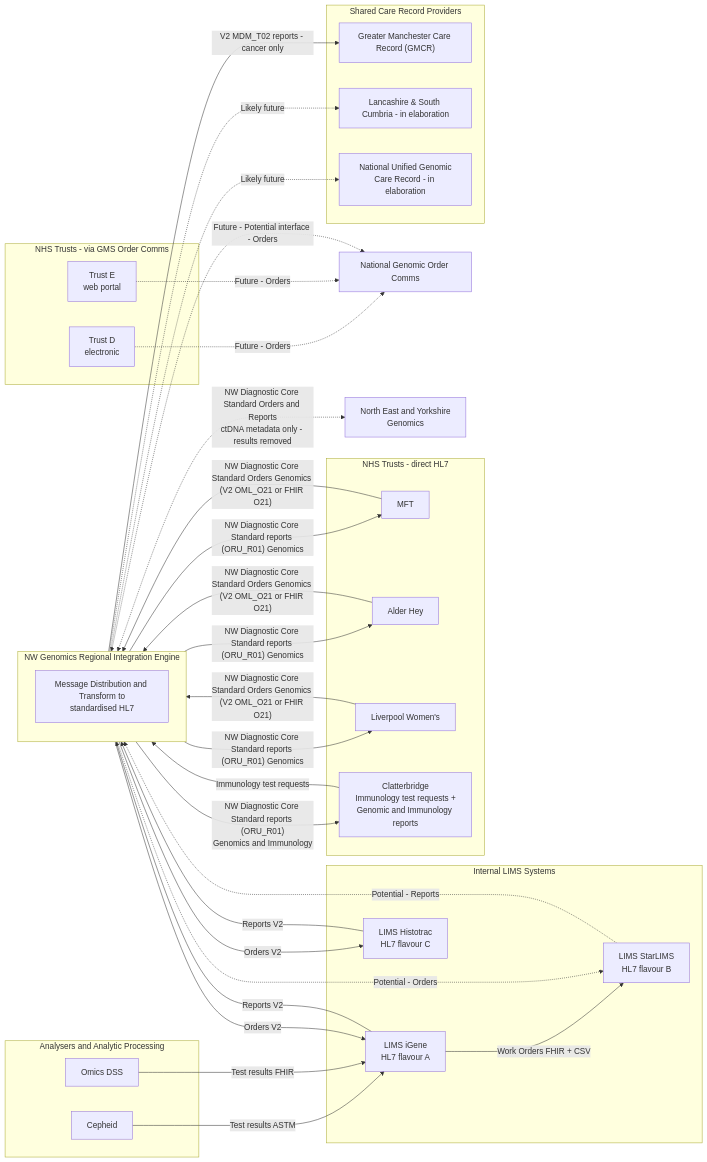
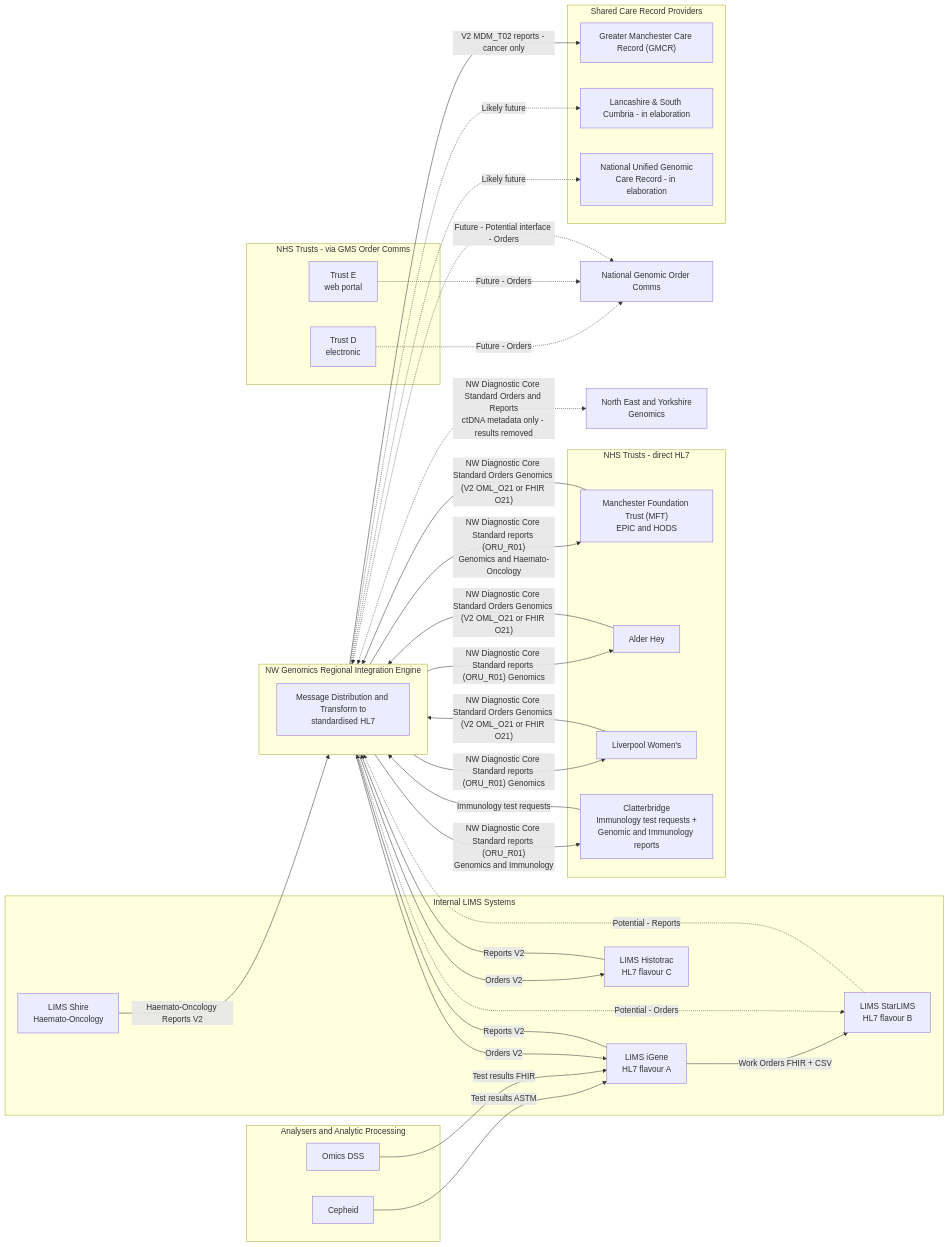
The second of 10 diagrams in input/pagecontent/overview.md (nw-gmsa/nw-gmsa.github.com), drawn with Mermaid before and after one commit.

Commit message:
Overview diagram

````diff
--- a/input/pagecontent/overview.md
+++ b/input/pagecontent/overview.md
@@ -95,72 +95,74 @@
 ```mermaid
 flowchart LR
     subgraph LIMS["Internal LIMS Systems"]
         L1[LIMS iGene<br/>HL7 flavour A]
         L2[LIMS StarLIMS<br/>HL7 flavour B]
         L3[LIMS Histotrac<br/>HL7 flavour C]
+        L4[LIMS Shire<br/>Haemato-Oncology]
     end
 
     subgraph TestResults["Analysers and Analytic Processing"]
         CEP[Cepheid]
         ODSS[Omics DSS]
     end
 
     subgraph RIE["NW Genomics Regional Integration Engine"]
         direction TB
         T[Message Distribution and Transform to<br/>standardised HL7]
     end
 
     subgraph Trusts["NHS Trusts - direct HL7"]
-        TR1[MFT]
+        TR1["Manchester Foundation Trust (MFT)<br/>EPIC and HODS"]
         TR2[Alder Hey]
         TR3[Liverpool Women's]
         TR4[Clatterbridge<br/>Immunology test requests +<br/>Genomic and Immunology reports]
     end
 
     subgraph TrustsGMS["NHS Trusts - via GMS Order Comms"]
         TG1[Trust D<br/>electronic]
         TG2[Trust E<br/>web portal]
     end
 
     NOC[National Genomic Order Comms]
 
     subgraph SCR["Shared Care Record Providers"]
         SCR1["Greater Manchester Care Record (GMCR)"]
         SCR2[Lancashire & South Cumbria - in elaboration]
         SCR3[National Unified Genomic<br/>Care Record - in elaboration]
     end
 
     NEY[North East and Yorkshire<br/>Genomics]
 
     CEP -- Test results ASTM --> L1
     ODSS -- Test results FHIR --> L1
 
     L1 -- Work Orders FHIR + CSV --> L2
 
     L1 -- Reports V2 --> RIE
     L2 -. Potential - Reports .-> RIE
     L3 -- Reports V2 --> RIE
-    RIE -- "NW Diagnostic Core Standard reports (ORU_R01) Genomics" --> TR1
+    L4 -- Haemato-Oncology Reports V2 --> RIE
+    RIE -- "NW Diagnostic Core Standard reports (ORU_R01)<br/>Genomics and Haemato-Oncology" --> TR1
     RIE -- "NW Diagnostic Core Standard reports (ORU_R01) Genomics" --> TR2
     RIE -- "NW Diagnostic Core Standard reports (ORU_R01) Genomics" --> TR3
     RIE -- "NW Diagnostic Core Standard reports (ORU_R01)<br/>Genomics and Immunology" --> TR4
 
     TR1 -- "NW Diagnostic Core Standard Orders Genomics (V2 OML_O21 or FHIR O21)" --> RIE
     TR2 -- "NW Diagnostic Core Standard Orders Genomics (V2 OML_O21 or FHIR O21)" --> RIE
     TR3 -- "NW Diagnostic Core Standard Orders Genomics (V2 OML_O21 or FHIR O21)" --> RIE
     TR4 -- Immunology test requests --> RIE
     RIE -- Orders V2 --> L1
     RIE -. Potential - Orders .-> L2
     RIE -- Orders V2 --> L3
 
     RIE <-. Future - Potential interface - Orders .-> NOC
 
     TG1 -. Future - Orders .-> NOC
     TG2 -. Future - Orders .-> NOC
 
     RIE -- V2 MDM_T02 reports - cancer only --> SCR1
     RIE -. Likely future .-> SCR2
     RIE -. Likely future .-> SCR3
 
     RIE <-. NW Diagnostic Core Standard Orders and Reports<br/>ctDNA metadata only - results removed .-> NEY
 ```
````
